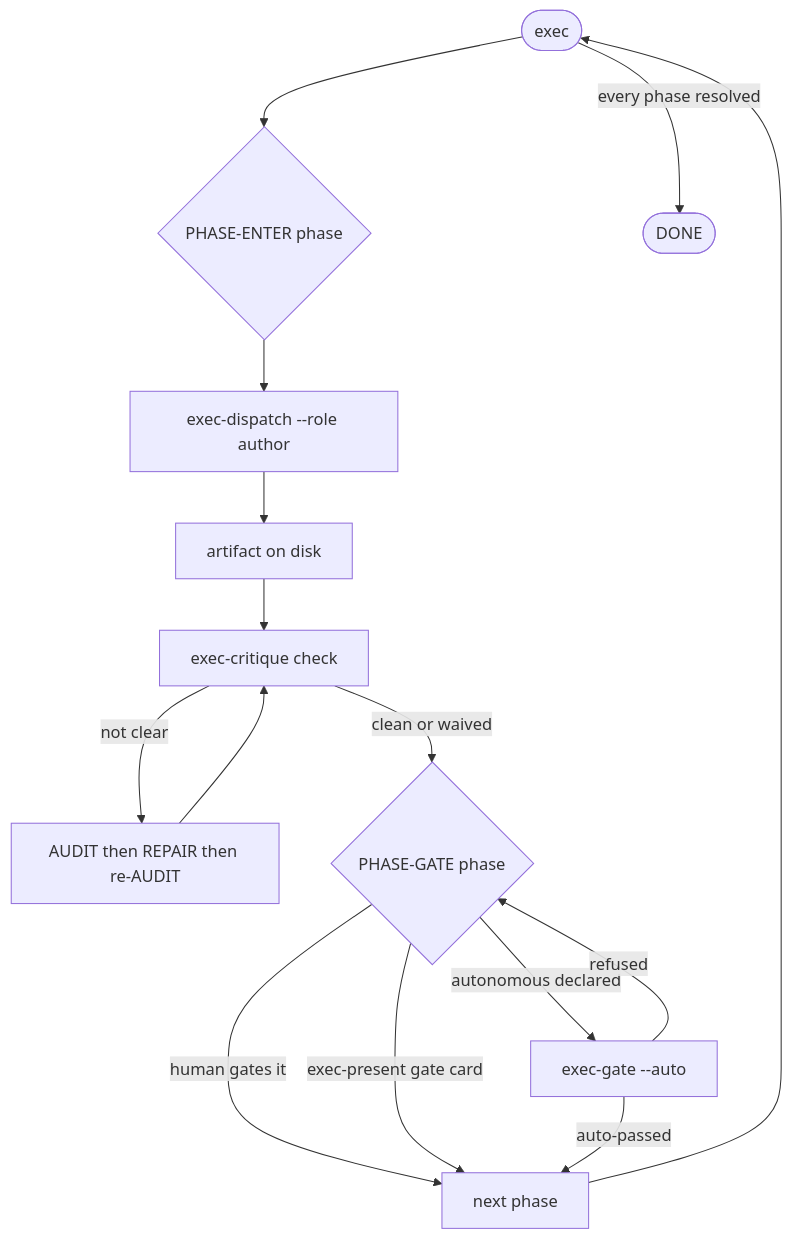
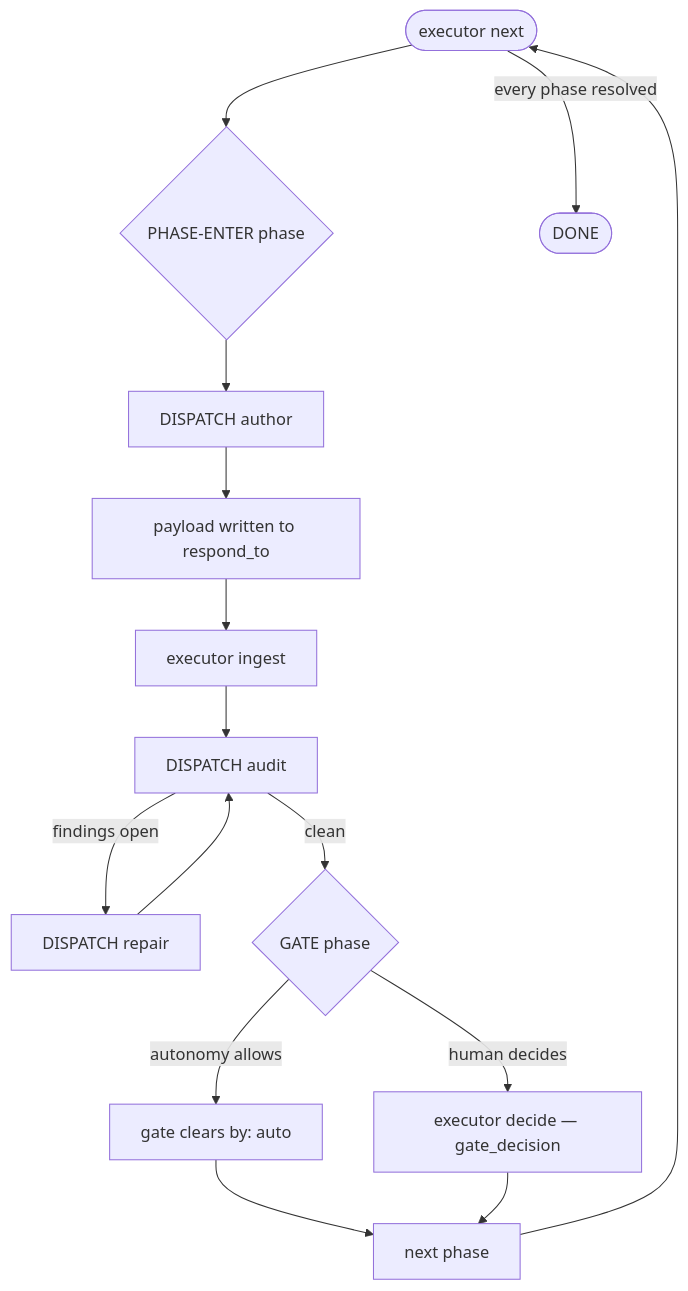
Before and after one commit to Atri10/executor: the first of 5 diagrams in README.md, drawn with Mermaid. The commit also changed other lines of this file and 43 other files, not shown here.

````diff
--- a/README.md
+++ b/README.md
@@ -121,17 +130,17 @@
 ```mermaid
 flowchart TD
-    start(["exec"]) --> enter{"PHASE-ENTER phase"}
-    enter --> author["exec-dispatch --role author"]
-    author --> artifact["artifact on disk"]
-    artifact --> check["exec-critique check"]
-    check -->|"not clear"| loop["AUDIT then REPAIR then re-AUDIT"]
-    loop --> check
-    check -->|"clean or waived"| gate{"PHASE-GATE phase"}
-    gate -->|"human gates it"| next["next phase"]
-    gate -->|"exec-present gate card"| next
-    gate -->|"autonomous declared"| auto["exec-gate --auto"]
-    auto -->|"refused"| gate
-    auto -->|"auto-passed"| next
+    start(["executor next"]) --> enter{"PHASE-ENTER phase"}
+    enter --> author["DISPATCH author"]
+    author --> artifact["payload written to respond_to"]
+    artifact --> ingest["executor ingest"]
+    ingest --> audit["DISPATCH audit"]
+    audit -->|"findings open"| repair["DISPATCH repair"]
+    repair --> audit
+    audit -->|"clean"| gate{"GATE phase"}
+    gate -->|"human decides"| decide["executor decide — gate_decision"]
+    gate -->|"autonomy allows"| auto["gate clears by: auto"]
+    auto --> next["next phase"]
+    decide --> next
     next --> start
     start -->|"every phase resolved"| done(["DONE"])
 ```
````
